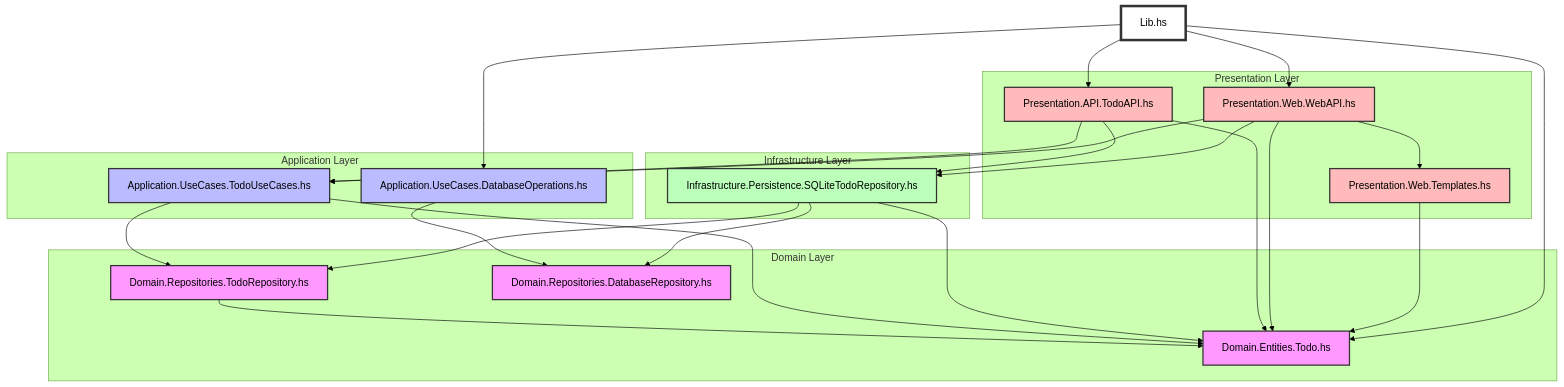
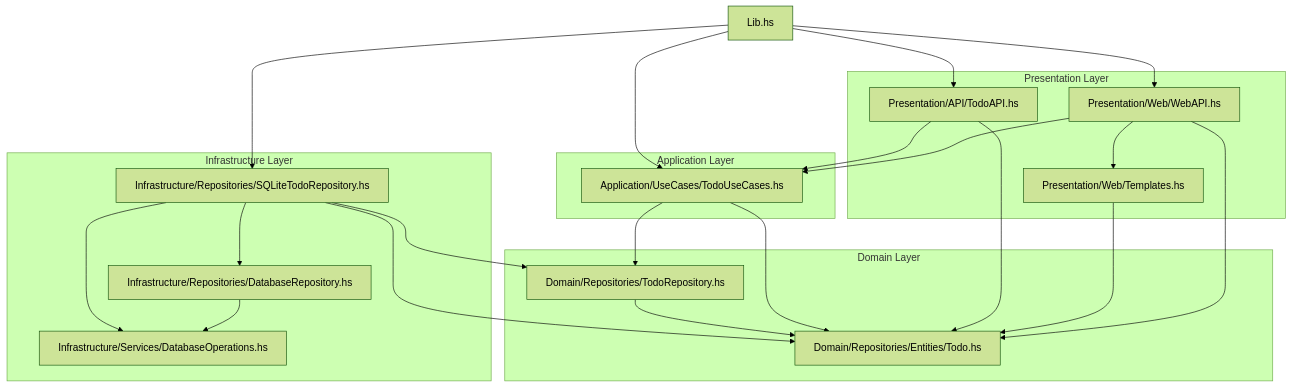
One commit to mingyuchoo/haskell-web-series changed the diagram in servant-t02-todolist/docs/architecture.mmd. Above: the diagram before and after it, drawn with Mermaid (forest theme).

Commit message:
Refactor architecture diagram to align with Onion Architecture principles

```diff
--- a/servant-t02-todolist/docs/architecture.mmd
+++ b/servant-t02-todolist/docs/architecture.mmd
@@ -1,71 +1,55 @@
 graph TD
-    %% 메인 진입점
+    %% Main entry point
     Lib["Lib.hs"]
     
-    %% Domain 레이어
+    %% Domain Layer (innermost)
     subgraph Domain["Domain Layer"]
-        Todo["Domain.Entities.Todo.hs"]
-        TodoRepo["Domain.Repositories.TodoRepository.hs"]
-        DBRepo["Domain.Repositories.DatabaseRepository.hs"]
+        Todo["Domain/Repositories/Entities/Todo.hs"]
+        TodoRepo["Domain/Repositories/TodoRepository.hs"]
     end
     
-    %% Application 레이어
+    %% Application Layer
     subgraph Application["Application Layer"]
-        TodoUC["Application.UseCases.TodoUseCases.hs"]
-        DBUC["Application.UseCases.DatabaseOperations.hs"]
+        TodoUseCases["Application/UseCases/TodoUseCases.hs"]
     end
     
-    %% Infrastructure 레이어
+    %% Infrastructure Layer
     subgraph Infrastructure["Infrastructure Layer"]
-        SQLiteRepo["Infrastructure.Persistence.SQLiteTodoRepository.hs"]
+        DatabaseRepo["Infrastructure/Repositories/DatabaseRepository.hs"]
+        SQLiteTodoRepo["Infrastructure/Repositories/SQLiteTodoRepository.hs"]
+        DatabaseOps["Infrastructure/Services/DatabaseOperations.hs"]
     end
     
-    %% Presentation 레이어
+    %% Presentation Layer (outermost)
     subgraph Presentation["Presentation Layer"]
-        TodoAPI["Presentation.API.TodoAPI.hs"]
-        WebAPI["Presentation.Web.WebAPI.hs"]
-        Templates["Presentation.Web.Templates.hs"]
+        TodoAPI["Presentation/API/TodoAPI.hs"]
+        Templates["Presentation/Web/Templates.hs"]
+        WebAPI["Presentation/Web/WebAPI.hs"]
     end
     
-    %% 의존성 관계
-    %% Domain 레이어 내부 의존성
+    %% Dependencies (pointing inward according to Onion Architecture)
     TodoRepo --> Todo
     
-    %% Application 레이어 의존성
-    TodoUC --> TodoRepo
-    TodoUC --> Todo
-    DBUC --> DBRepo
+    TodoUseCases --> TodoRepo
+    TodoUseCases --> Todo
     
-    %% Infrastructure 레이어 의존성
-    SQLiteRepo --> Todo
-    SQLiteRepo --> TodoRepo
-    SQLiteRepo --> DBRepo
+    SQLiteTodoRepo --> TodoRepo
+    SQLiteTodoRepo --> Todo
+    SQLiteTodoRepo --> DatabaseRepo
+    SQLiteTodoRepo --> DatabaseOps
     
-    %% Presentation 레이어 의존성
+    DatabaseRepo --> DatabaseOps
+    
+    TodoAPI --> TodoUseCases
     TodoAPI --> Todo
-    TodoAPI --> TodoUC
-    TodoAPI --> SQLiteRepo
-    WebAPI --> Todo
-    WebAPI --> TodoUC
-    WebAPI --> SQLiteRepo
-    WebAPI --> Templates
+    
     Templates --> Todo
     
-    %% 메인 진입점 의존성
-    Lib --> DBUC
+    WebAPI --> TodoUseCases
+    WebAPI --> Templates
+    WebAPI --> Todo
+    
     Lib --> TodoAPI
     Lib --> WebAPI
-    Lib --> Todo
-    
-    %% 스타일링
-    classDef domain fill:#f9f,stroke:#333,stroke-width:2px;
-    classDef application fill:#bbf,stroke:#333,stroke-width:2px;
-    classDef infrastructure fill:#bfb,stroke:#333,stroke-width:2px;
-    classDef presentation fill:#fbb,stroke:#333,stroke-width:2px;
-    classDef main fill:#fff,stroke:#333,stroke-width:4px;
-    
-    class Todo,TodoRepo,DBRepo domain;
-    class TodoUC,DBUC application;
-    class SQLiteRepo infrastructure;
-    class TodoAPI,WebAPI,Templates presentation;
-    class Lib main;
+    Lib --> SQLiteTodoRepo
+    Lib --> TodoUseCases
```
